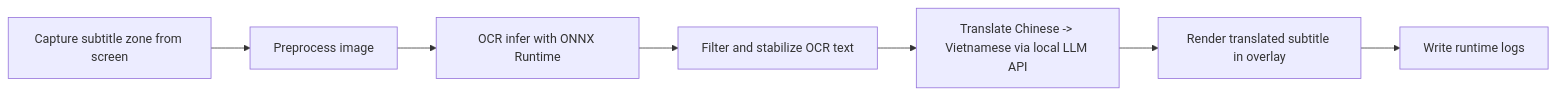
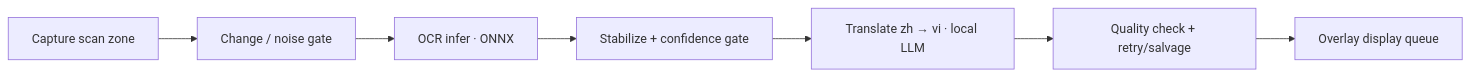
Before and after one commit to ngoctruongns/screen_sub_translate: the diagram in README.md, drawn with Mermaid. The commit also changed other lines of this file and 7 other files, not shown here.

Commit message:
refactor(eval): OCR-only batch tool, drop legacy ONNX translator; finalize README

````diff
--- a/README.md
+++ b/README.md
@@ -33,9 +15,9 @@
 ```mermaid
 flowchart LR
-  A[Capture subtitle zone from screen] --> B[Preprocess image]
-  B --> C[OCR infer with ONNX Runtime]
-  C --> D[Filter and stabilize OCR text]
-  D --> E[Translate Chinese -> Vietnamese via local LLM API]
-  E --> F[Render translated subtitle in overlay]
-  F --> G[Write runtime logs]
+  A[Capture scan zone] --> B[Change / noise gate]
+  B --> C[OCR infer · ONNX]
+  C --> D[Stabilize + confidence gate]
+  D --> E[Translate zh → vi · local LLM]
+  E --> F[Quality check + retry/salvage]
+  F --> G[Overlay display queue]
 ```
````
